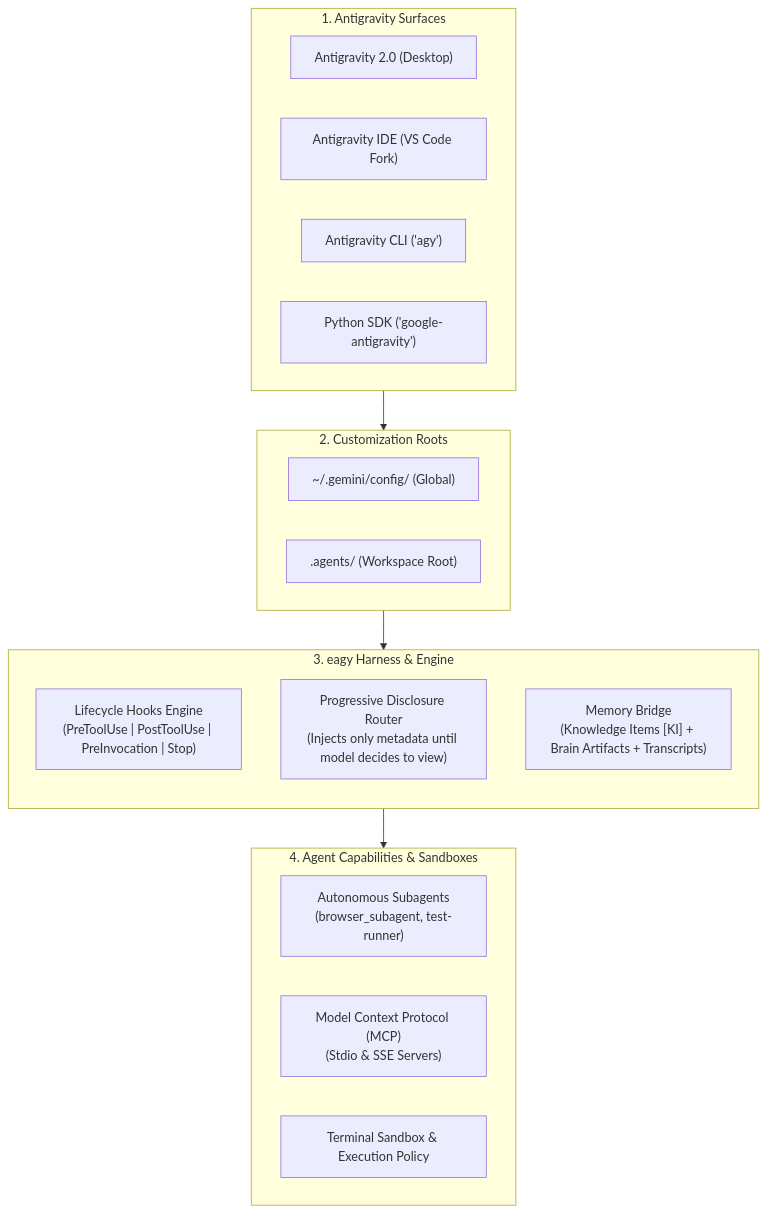
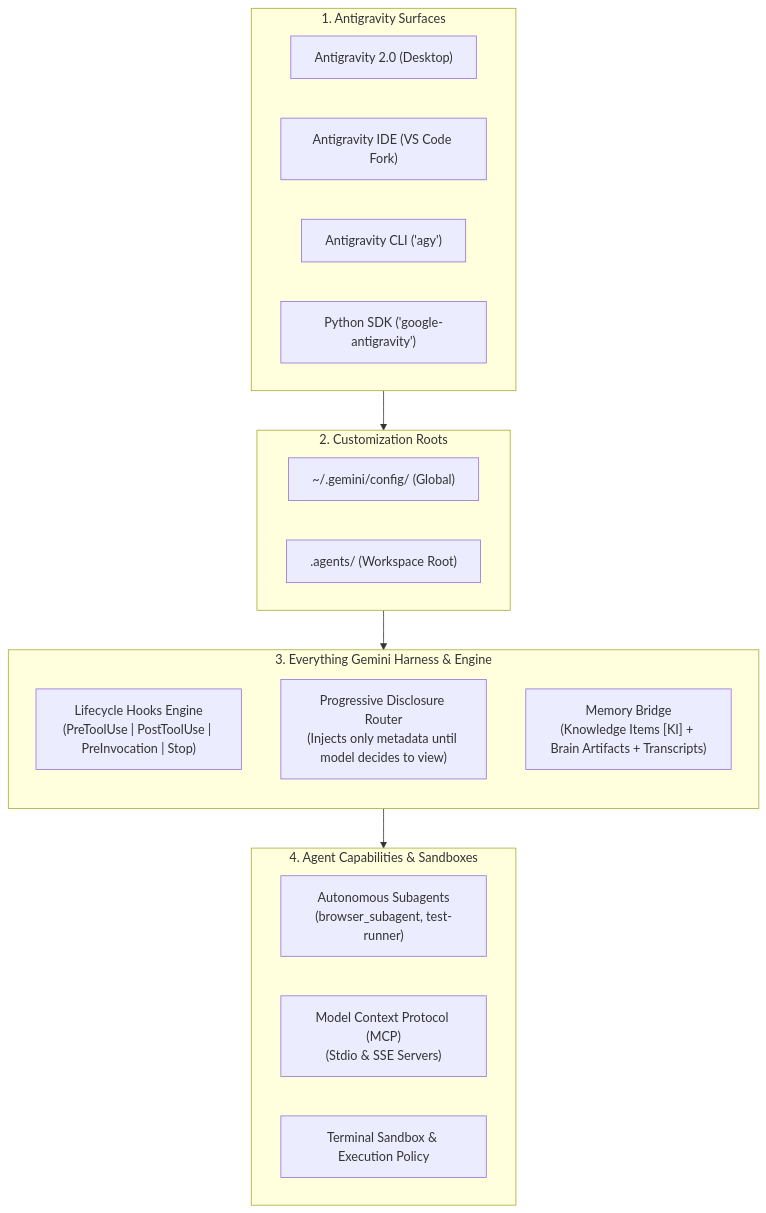
One commit to salmandev/everything-gemini changed the diagram in README.md. Above: the diagram before and after it, drawn with Mermaid. The commit also changed other lines of this file and 14 other files, not shown here.

Commit message:
chore: normalize all remaining eagy references to everything-gemini across documentation, hooks, and plugins

````diff
--- a/README.md
+++ b/README.md
@@ -80,31 +85,31 @@
 ```mermaid
 flowchart TB
     subgraph AntigravitySurfaces["1. Antigravity Surfaces"]
         Desktop["Antigravity 2.0 (Desktop)"]
         IDE["Antigravity IDE (VS Code Fork)"]
         CLI["Antigravity CLI ('agy')"]
         SDK["Python SDK ('google-antigravity')"]
     end
 
     subgraph CustomizationRoots["2. Customization Roots"]
         Global["~/.gemini/config/ (Global)"]
         Workspace[".agents/ (Workspace Root)"]
     end
 
-    subgraph EagyHarness["3. eagy Harness & Engine"]
+    subgraph GeminiHarness["3. Everything Gemini Harness & Engine"]
         direction TB
         HookEngine["Lifecycle Hooks Engine\n(PreToolUse | PostToolUse | PreInvocation | Stop)"]
         Progressive["Progressive Disclosure Router\n(Injects only metadata until model decides to view)"]
         MemoryBridge["Memory Bridge\n(Knowledge Items [KI] + Brain Artifacts + Transcripts)"]
     end
 
     subgraph Capabilities["4. Agent Capabilities & Sandboxes"]
         Subagents["Autonomous Subagents\n(browser_subagent, test-runner)"]
         MCP["Model Context Protocol (MCP)\n(Stdio & SSE Servers)"]
         TerminalSandbox["Terminal Sandbox & Execution Policy"]
     end
 
     AntigravitySurfaces --> CustomizationRoots
-    CustomizationRoots --> EagyHarness
-    EagyHarness --> Capabilities
+    CustomizationRoots --> GeminiHarness
+    GeminiHarness --> Capabilities
 ```
````
